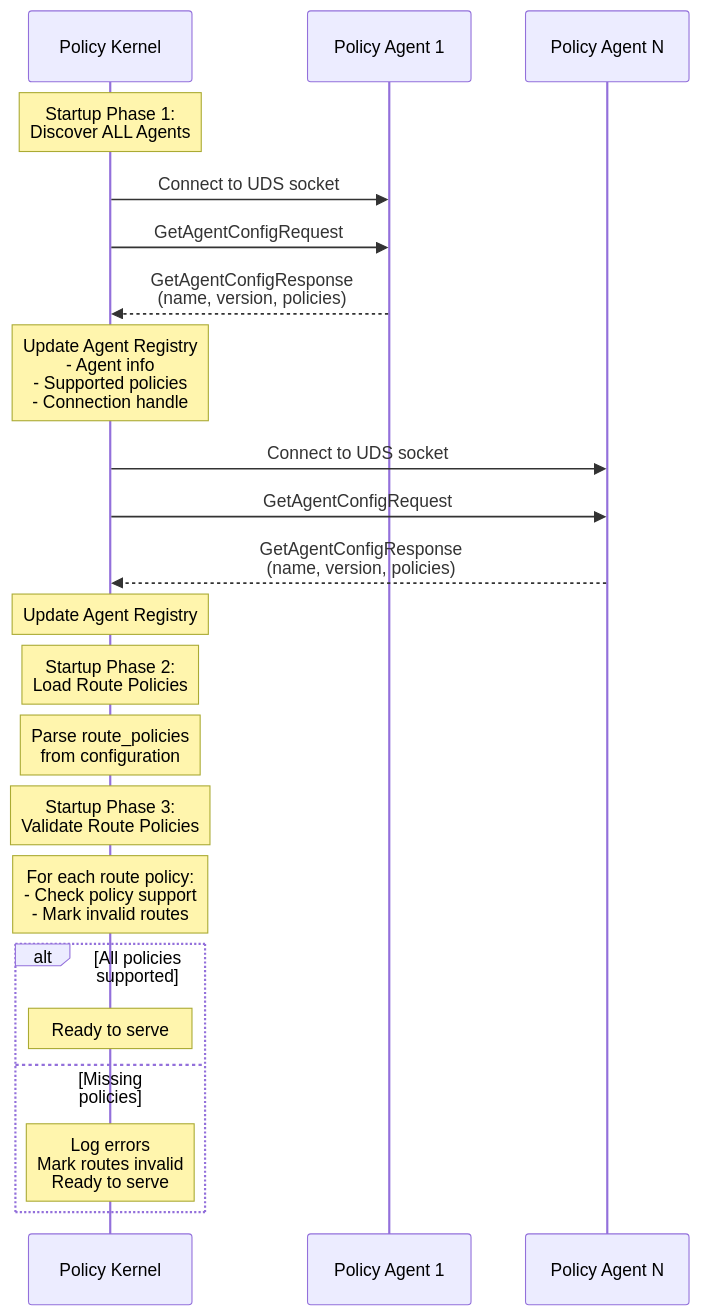
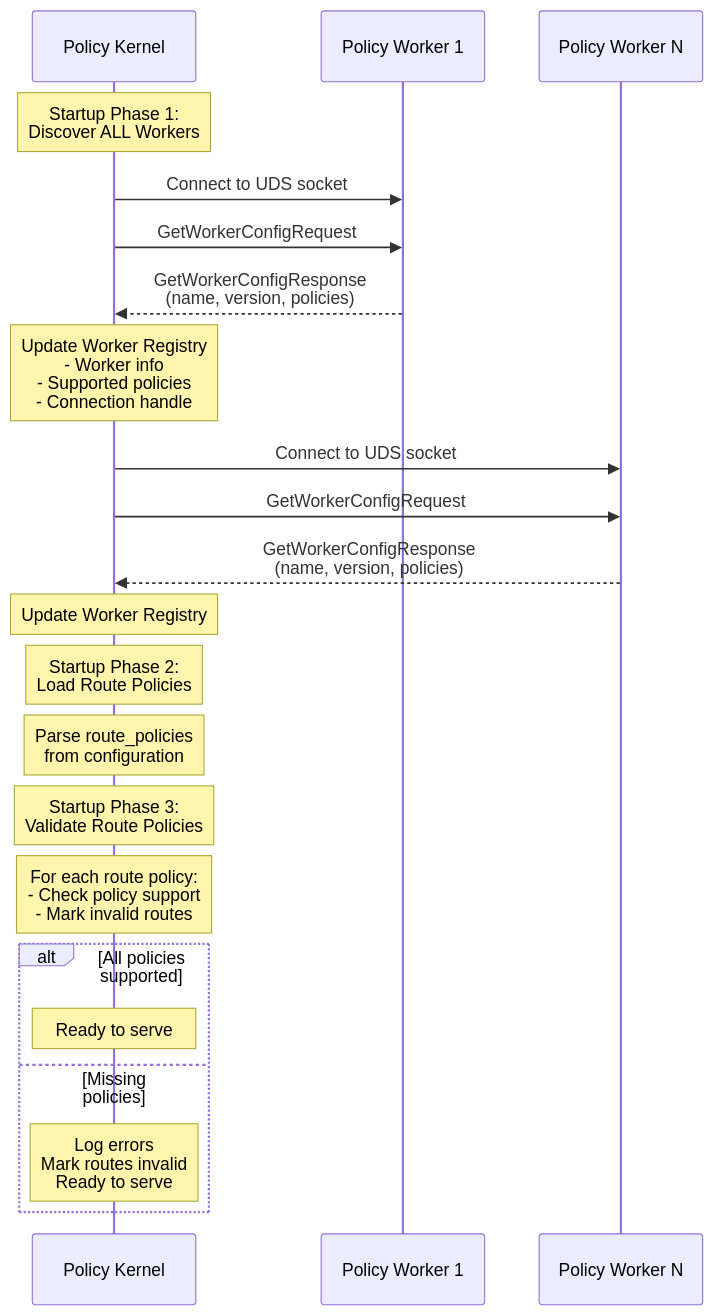
Before and after one commit to renuka-fernando/envoy-policy-engine: the second of 7 diagrams in policy-kernel/SPEC.md, drawn with Mermaid. The commit also changed other lines of this file and 5 other files, not shown here.

Commit message:
Rename agent to worker

````diff
--- a/policy-kernel/SPEC.md
+++ b/policy-kernel/SPEC.md
@@ -309,34 +309,34 @@
 ```mermaid
 sequenceDiagram
     participant Kernel as Policy Kernel
-    participant Agent1 as Policy Agent 1
-    participant AgentN as Policy Agent N
+    participant Worker1 as Policy Worker 1
+    participant WorkerN as Policy Worker N
 
-    Note over Kernel: Startup Phase 1:<br/>Discover ALL Agents
+    Note over Kernel: Startup Phase 1:<br/>Discover ALL Workers
 
-    Kernel->>Agent1: Connect to UDS socket
-    Kernel->>Agent1: GetAgentConfigRequest
-    Agent1-->>Kernel: GetAgentConfigResponse<br/>(name, version, policies)
+    Kernel->>Worker1: Connect to UDS socket
+    Kernel->>Worker1: GetWorkerConfigRequest
+    Worker1-->>Kernel: GetWorkerConfigResponse<br/>(name, version, policies)
 
-    Note over Kernel: Update Agent Registry<br/>- Agent info<br/>- Supported policies<br/>- Connection handle
+    Note over Kernel: Update Worker Registry<br/>- Worker info<br/>- Supported policies<br/>- Connection handle
 
-    Kernel->>AgentN: Connect to UDS socket
-    Kernel->>AgentN: GetAgentConfigRequest
-    AgentN-->>Kernel: GetAgentConfigResponse<br/>(name, version, policies)
+    Kernel->>WorkerN: Connect to UDS socket
+    Kernel->>WorkerN: GetWorkerConfigRequest
+    WorkerN-->>Kernel: GetWorkerConfigResponse<br/>(name, version, policies)
 
-    Note over Kernel: Update Agent Registry
+    Note over Kernel: Update Worker Registry
 
     Note over Kernel: Startup Phase 2:<br/>Load Route Policies
 
     Note over Kernel: Parse route_policies<br/>from configuration
 
     Note over Kernel: Startup Phase 3:<br/>Validate Route Policies
 
     Note over Kernel: For each route policy:<br/>- Check policy support<br/>- Mark invalid routes
 
     alt All policies supported
         Note over Kernel: Ready to serve
     else Missing policies
         Note over Kernel: Log errors<br/>Mark routes invalid<br/>Ready to serve
     end
 ```
````
